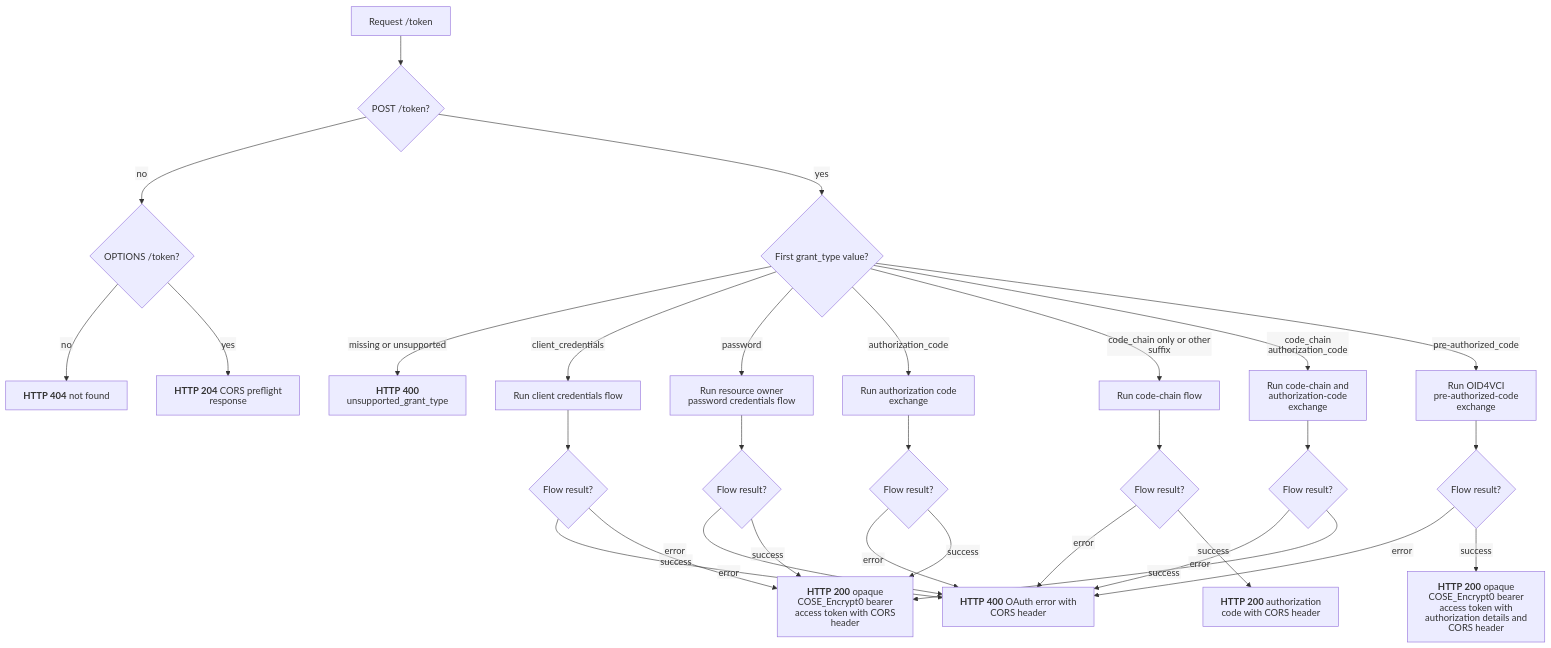
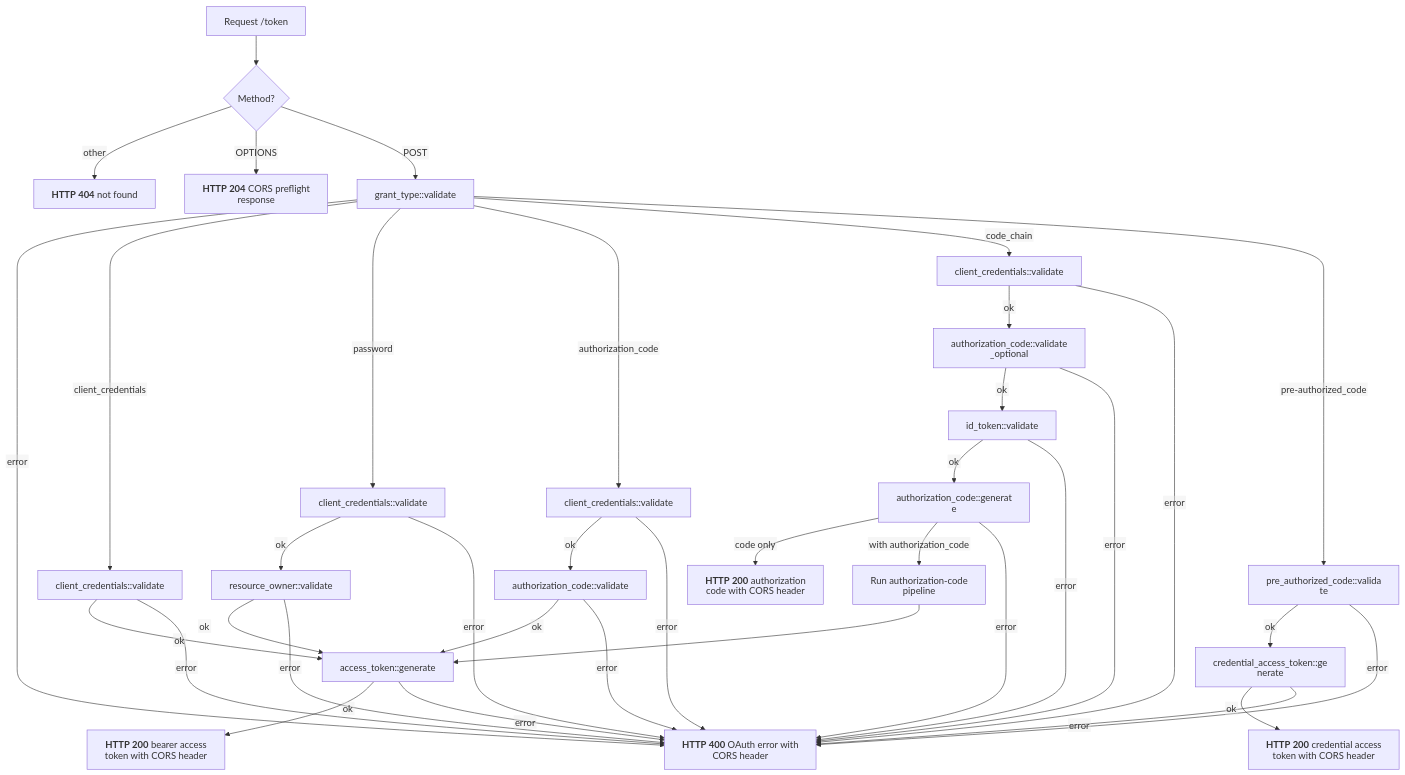
Before and after one commit to malach-it/kagome: the diagram in docs/flows/oauth/token_endpoint.mmd, drawn with Mermaid. The commit also changed 42 other files, not shown here.

Commit message:
docs: simplify flow graphs to resource actions

```diff
--- a/docs/flows/oauth/token_endpoint.mmd
+++ b/docs/flows/oauth/token_endpoint.mmd
@@ -1,32 +1,38 @@
 %%{init: {"htmlLabels": false, "flowchart": {"htmlLabels": false}}}%%
 flowchart TD
-    start[Request /token] --> route{POST /token?}
-    route -- no --> preflight{OPTIONS /token?}
-    preflight -- no --> not_found["`**HTTP 404** not found`"]
-    preflight -- yes --> preflight_success["`**HTTP 204** CORS preflight response`"]
-    route -- yes --> grant{First grant_type value?}
-    grant -- missing or unsupported --> unsupported["`**HTTP 400** unsupported_grant_type`"]
-    grant -- client_credentials --> client_flow[Run client credentials flow]
-    grant -- password --> password_flow[Run resource owner password credentials flow]
-    grant -- authorization_code --> auth_code_flow[Run authorization code exchange]
-    grant -- code_chain only or other suffix --> chain_flow[Run code-chain flow]
-    grant -- code_chain authorization_code --> combined_flow[Run code-chain and authorization-code exchange]
-    grant -- pre-authorized_code --> pre_authorized_flow[Run OID4VCI pre-authorized-code exchange]
-    client_flow --> client_result{Flow result?}
-    password_flow --> password_result{Flow result?}
-    auth_code_flow --> auth_result{Flow result?}
-    chain_flow --> chain_result{Flow result?}
-    combined_flow --> combined_result{Flow result?}
-    pre_authorized_flow --> pre_authorized_result{Flow result?}
-    client_result -- error --> oauth_error["`**HTTP 400** OAuth error with CORS header`"]
-    password_result -- error --> oauth_error
-    auth_result -- error --> oauth_error
-    chain_result -- error --> oauth_error
-    combined_result -- error --> oauth_error
-    pre_authorized_result -- error --> oauth_error
-    client_result -- success --> access_success["`**HTTP 200** opaque COSE_Encrypt0 bearer access token with CORS header`"]
-    password_result -- success --> access_success
-    auth_result -- success --> access_success
-    chain_result -- success --> code_success["`**HTTP 200** authorization code with CORS header`"]
-    combined_result -- success --> access_success
-    pre_authorized_result -- success --> credential_access_success["`**HTTP 200** opaque COSE_Encrypt0 bearer access token with authorization details and CORS header`"]
+    start[Request /token] --> method{Method?}
+    method -- other --> not_found["`**HTTP 404** not found`"]
+    method -- OPTIONS --> preflight["`**HTTP 204** CORS preflight response`"]
+    method -- POST --> grant["grant_type::validate"]
+    grant -- error --> oauth_error["`**HTTP 400** OAuth error with CORS header`"]
+    grant -- client_credentials --> client["client_credentials::validate"]
+    grant -- password --> password_client["client_credentials::validate"]
+    password_client -- ok --> owner["resource_owner::validate"]
+    grant -- authorization_code --> code_client["client_credentials::validate"]
+    code_client -- ok --> code["authorization_code::validate"]
+    grant -- code_chain --> chain_client["client_credentials::validate"]
+    chain_client -- ok --> previous["authorization_code::validate_optional"]
+    previous -- ok --> id_token["id_token::validate"]
+    id_token -- ok --> issue["authorization_code::generate"]
+    grant -- pre-authorized_code --> pre_code["pre_authorized_code::validate"]
+    pre_code -- ok --> credential_access["credential_access_token::generate"]
+    client -- ok --> access["access_token::generate"]
+    owner -- ok --> access
+    code -- ok --> access
+    issue -- code only --> code_success["`**HTTP 200** authorization code with CORS header`"]
+    issue -- with authorization_code --> exchange[Run authorization-code pipeline]
+    exchange --> access
+    credential_access -- ok --> credential_access_success["`**HTTP 200** credential access token with CORS header`"]
+    access -- ok --> access_success["`**HTTP 200** bearer access token with CORS header`"]
+    client -- error --> oauth_error
+    password_client -- error --> oauth_error
+    owner -- error --> oauth_error
+    code_client -- error --> oauth_error
+    code -- error --> oauth_error
+    chain_client -- error --> oauth_error
+    previous -- error --> oauth_error
+    id_token -- error --> oauth_error
+    issue -- error --> oauth_error
+    pre_code -- error --> oauth_error
+    credential_access -- error --> oauth_error
+    access -- error --> oauth_error
```
